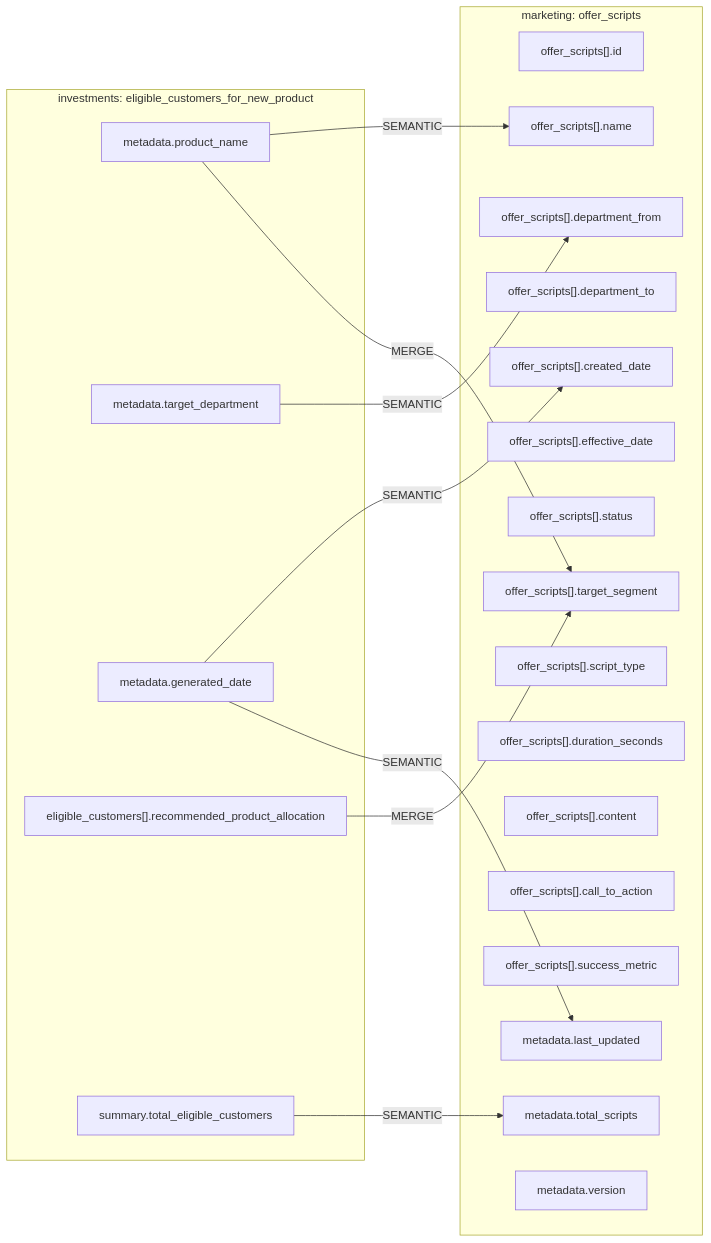
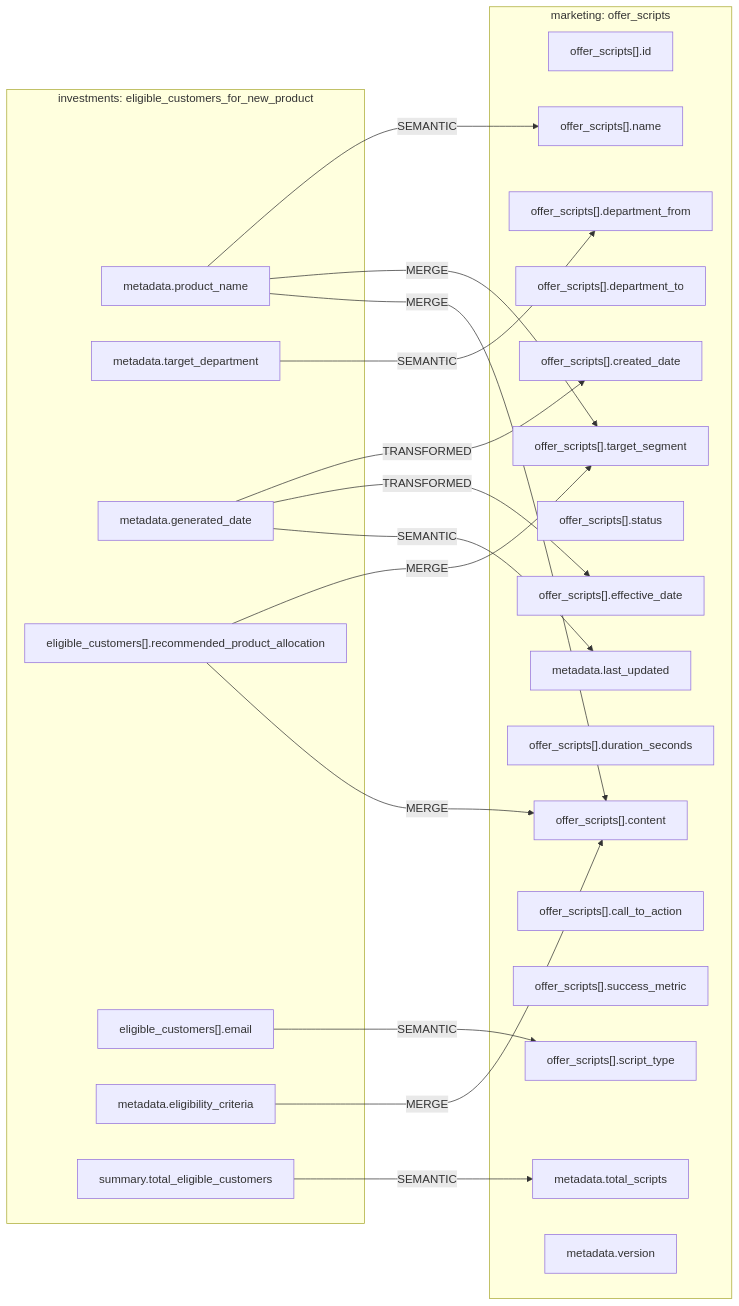
The diagram in mermaids/marketing/customer_services/offer_scripts__from__investments__eligible_customers_for_new_product.mmd (MAKWilkinson/HSBC-Data-Fabric-PoC-v2), drawn with Mermaid before and after one commit. The commit also changed 257 other files, not shown here.

```diff
--- a/mermaids/marketing/customer_services/offer_scripts__from__investments__eligible_customers_for_new_product.mmd
+++ b/mermaids/marketing/customer_services/offer_scripts__from__investments__eligible_customers_for_new_product.mmd
@@ -1,33 +1,40 @@
 flowchart LR
   subgraph IN["investments: eligible_customers_for_new_product"]
     in_metadata_product_name["metadata.product_name"]
     in_metadata_target_department["metadata.target_department"]
     in_metadata_generated_date["metadata.generated_date"]
     in_eligible_customers___recommended_product_allocation["eligible_customers[].recommended_product_allocation"]
+    in_eligible_customers___email["eligible_customers[].email"]
+    in_metadata_eligibility_criteria["metadata.eligibility_criteria"]
     in_summary_total_eligible_customers["summary.total_eligible_customers"]
   end
   subgraph OUT["marketing: offer_scripts"]
     out_offer_scripts___id["offer_scripts[].id"]
     out_offer_scripts___name["offer_scripts[].name"]
     out_offer_scripts___department_from["offer_scripts[].department_from"]
     out_offer_scripts___department_to["offer_scripts[].department_to"]
     out_offer_scripts___created_date["offer_scripts[].created_date"]
     out_offer_scripts___effective_date["offer_scripts[].effective_date"]
     out_offer_scripts___status["offer_scripts[].status"]
     out_offer_scripts___target_segment["offer_scripts[].target_segment"]
     out_offer_scripts___script_type["offer_scripts[].script_type"]
     out_offer_scripts___duration_seconds["offer_scripts[].duration_seconds"]
     out_offer_scripts___content["offer_scripts[].content"]
     out_offer_scripts___call_to_action["offer_scripts[].call_to_action"]
     out_offer_scripts___success_metric["offer_scripts[].success_metric"]
     out_metadata_total_scripts["metadata.total_scripts"]
     out_metadata_last_updated["metadata.last_updated"]
     out_metadata_version["metadata.version"]
   end
   in_metadata_product_name -->|SEMANTIC| out_offer_scripts___name
   in_metadata_target_department -->|SEMANTIC| out_offer_scripts___department_from
-  in_metadata_generated_date -->|SEMANTIC| out_offer_scripts___created_date
+  in_metadata_generated_date -->|TRANSFORMED| out_offer_scripts___created_date
+  in_metadata_generated_date -->|TRANSFORMED| out_offer_scripts___effective_date
   in_metadata_product_name -->|MERGE| out_offer_scripts___target_segment
   in_eligible_customers___recommended_product_allocation -->|MERGE| out_offer_scripts___target_segment
+  in_eligible_customers___email -->|SEMANTIC| out_offer_scripts___script_type
+  in_metadata_product_name -->|MERGE| out_offer_scripts___content
+  in_metadata_eligibility_criteria -->|MERGE| out_offer_scripts___content
+  in_eligible_customers___recommended_product_allocation -->|MERGE| out_offer_scripts___content
   in_summary_total_eligible_customers -->|SEMANTIC| out_metadata_total_scripts
   in_metadata_generated_date -->|SEMANTIC| out_metadata_last_updated
```
